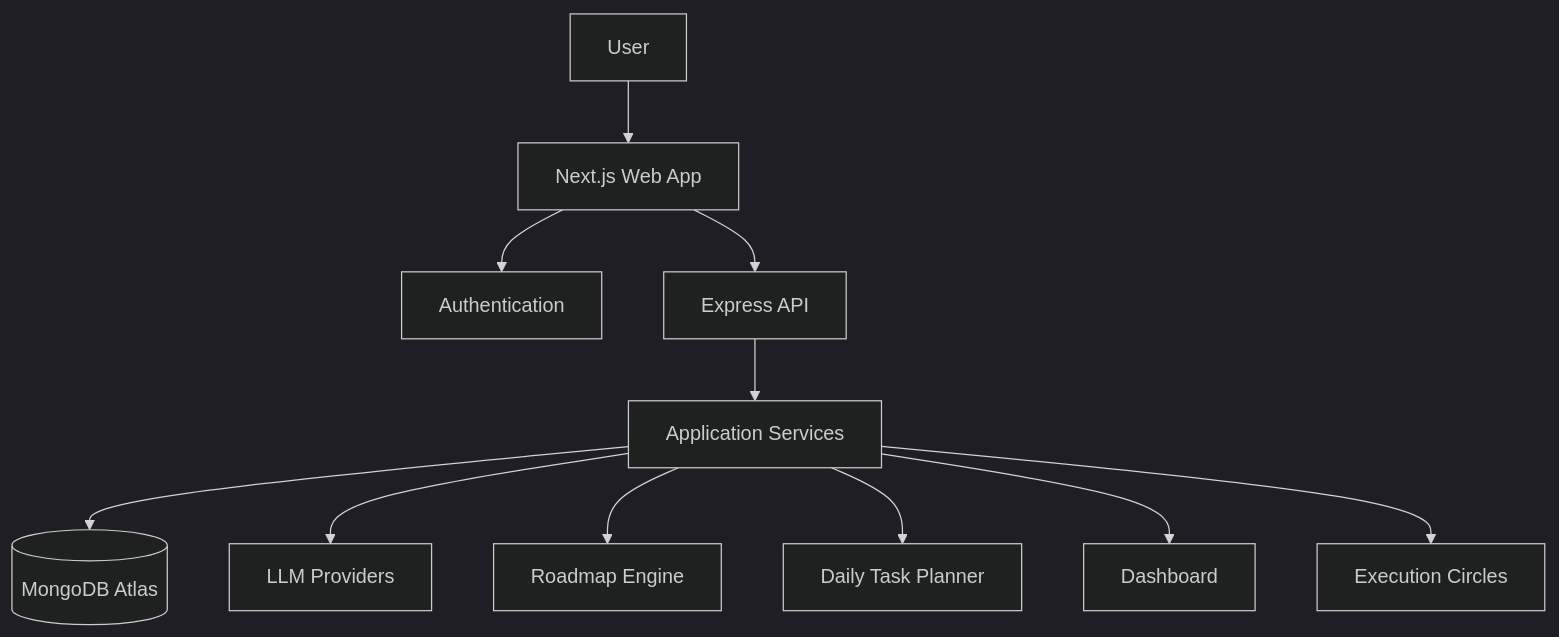
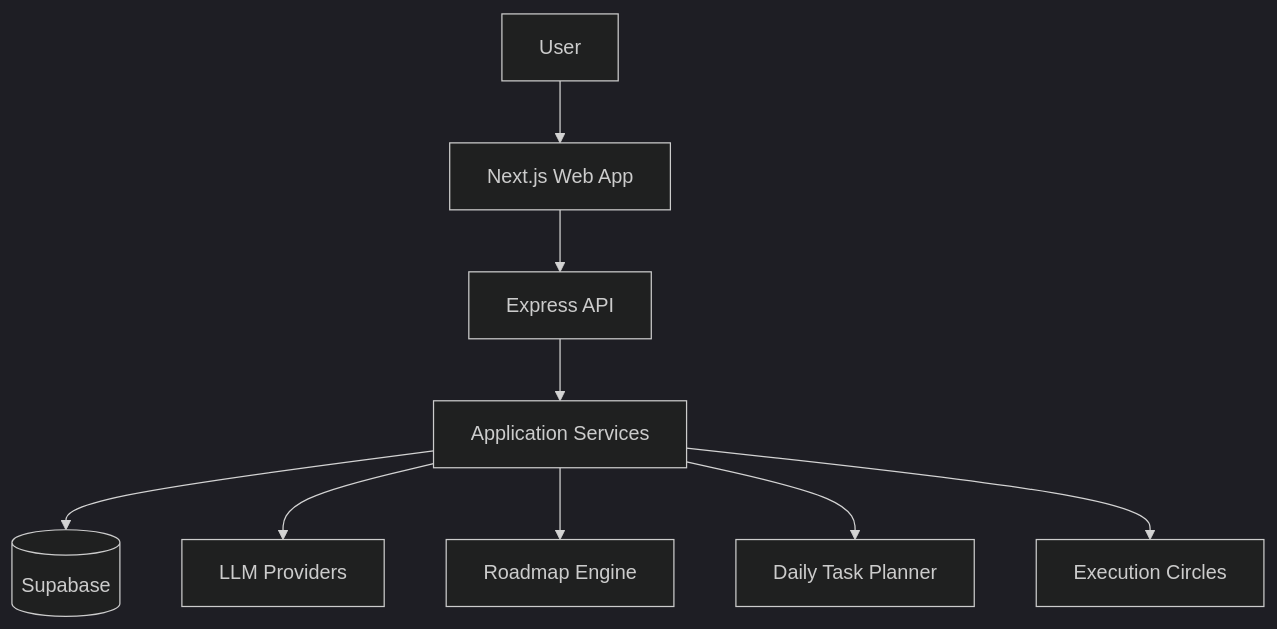
The diagram in README.md (Krish-Gautam/vector-ai), drawn with Mermaid (dark theme) before and after one commit. The commit also changed other lines of this file and 4 other files, not shown here.

````diff
--- a/README.md
+++ b/README.md
@@ -252,17 +96,11 @@
 ```mermaid
 flowchart TD
     U[User] --> FE[Next.js Web App]
-
-    FE --> AUTH[Authentication]
     FE --> API[Express API]
-
     API --> SERVICES[Application Services]
-
-    SERVICES --> DB[(MongoDB Atlas)]
+    SERVICES --> DB[(Supabase)]
     SERVICES --> AI[LLM Providers]
-
     SERVICES --> ROADMAP[Roadmap Engine]
     SERVICES --> DAILY[Daily Task Planner]
-    SERVICES --> DASH[Dashboard]
     SERVICES --> CIRCLE[Execution Circles]
 ```
````
